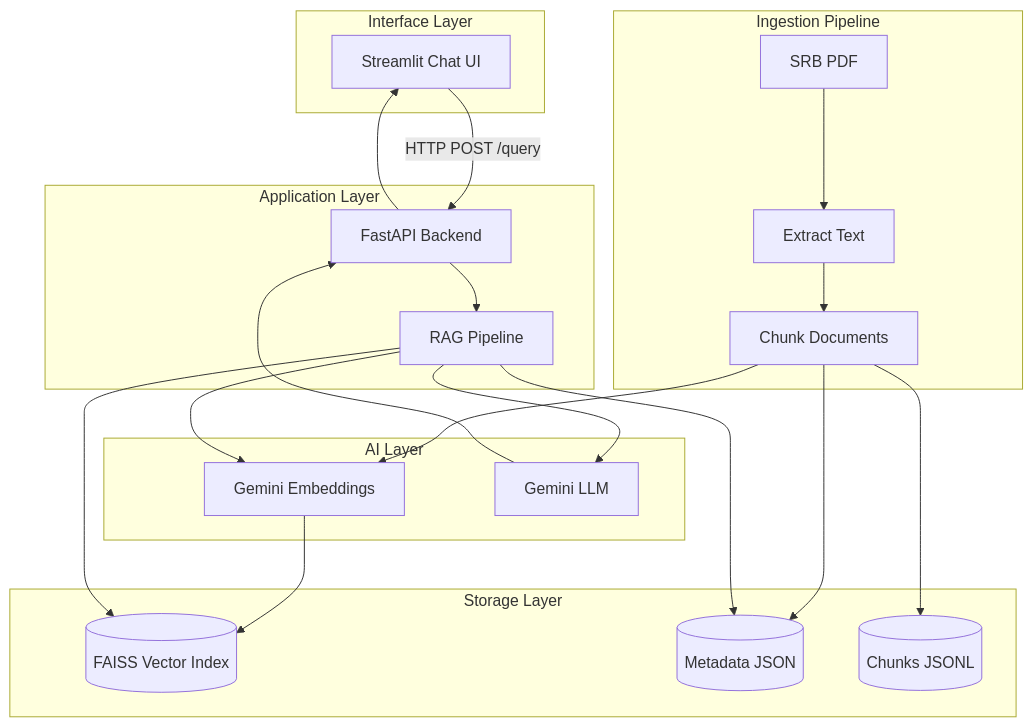
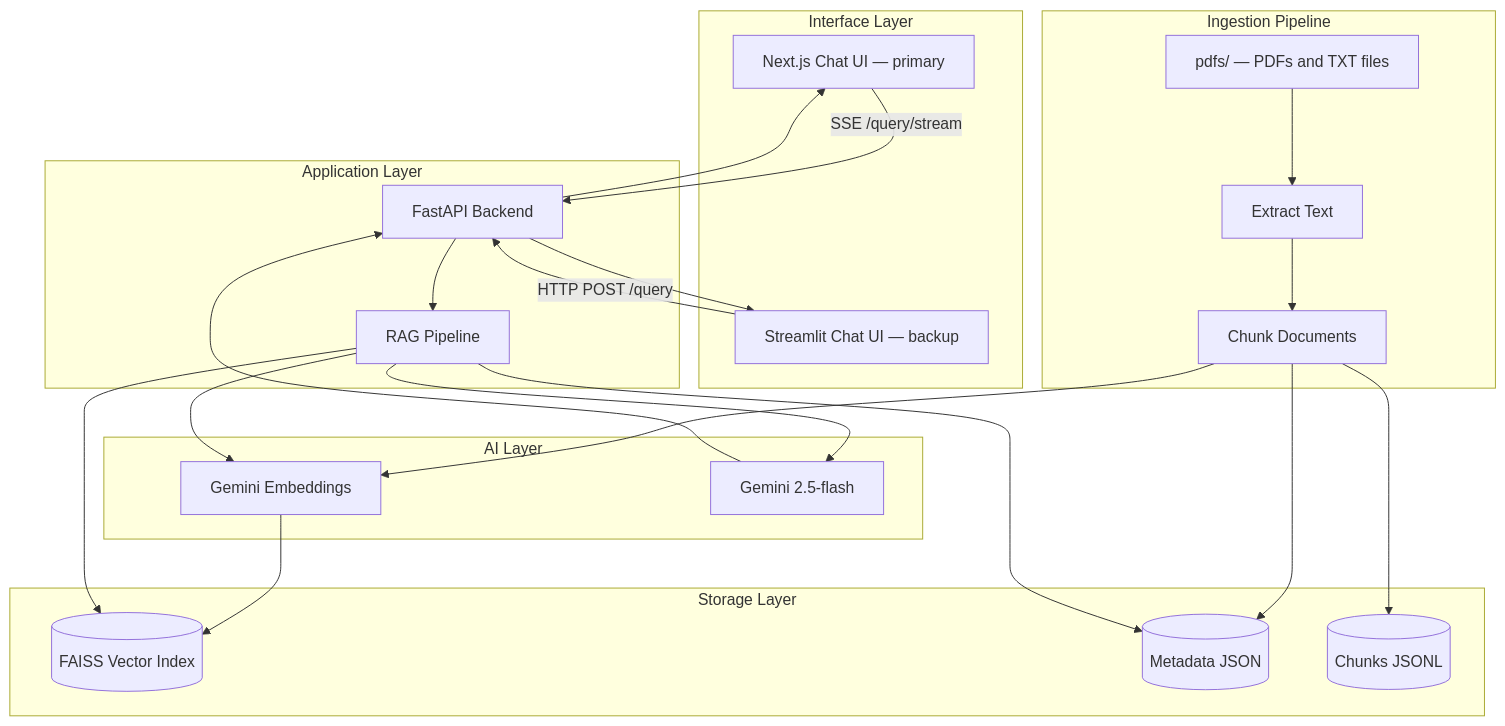
One commit to vasuag09/CollegeGPT changed the diagram in docs/architecture.md. Above: the diagram before and after it, drawn with Mermaid. The commit also changed other lines of this file and 23 other files, not shown here.

````diff
--- a/docs/architecture.md
+++ b/docs/architecture.md
@@ -9,40 +9,43 @@
 ```mermaid
 graph TB
     subgraph Interface Layer
-        ST[Streamlit Chat UI]
+        NX[Next.js Chat UI — primary]
+        ST[Streamlit Chat UI — backup]
     end
 
     subgraph Application Layer
         FA[FastAPI Backend]
         RAG[RAG Pipeline]
     end
 
     subgraph AI Layer
         EMB[Gemini Embeddings]
-        LLM[Gemini LLM]
+        LLM[Gemini 2.5-flash]
     end
 
     subgraph Storage Layer
         FAISS[(FAISS Vector Index)]
         META[(Metadata JSON)]
         CHUNKS[(Chunks JSONL)]
     end
 
     subgraph Ingestion Pipeline
-        PDF[SRB PDF] --> EXT[Extract Text]
+        PDFS[pdfs/ — PDFs and TXT files] --> EXT[Extract Text]
         EXT --> CHK[Chunk Documents]
         CHK --> CHUNKS
         CHK --> EMB
         EMB --> FAISS
         CHK --> META
     end
 
+    NX -->|SSE /query/stream| FA
     ST -->|HTTP POST /query| FA
     FA --> RAG
     RAG --> EMB
     RAG --> FAISS
     RAG --> META
     RAG --> LLM
     LLM --> FA
+    FA --> NX
     FA --> ST
 ```
````
